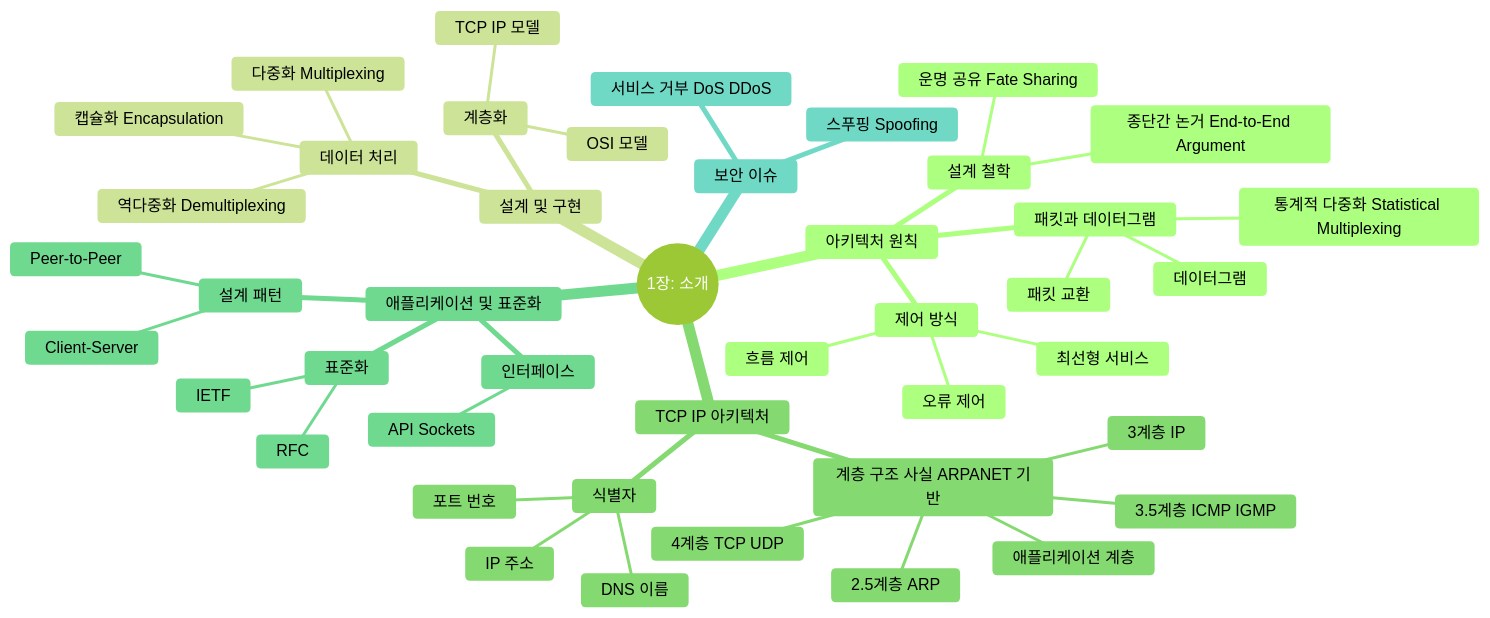
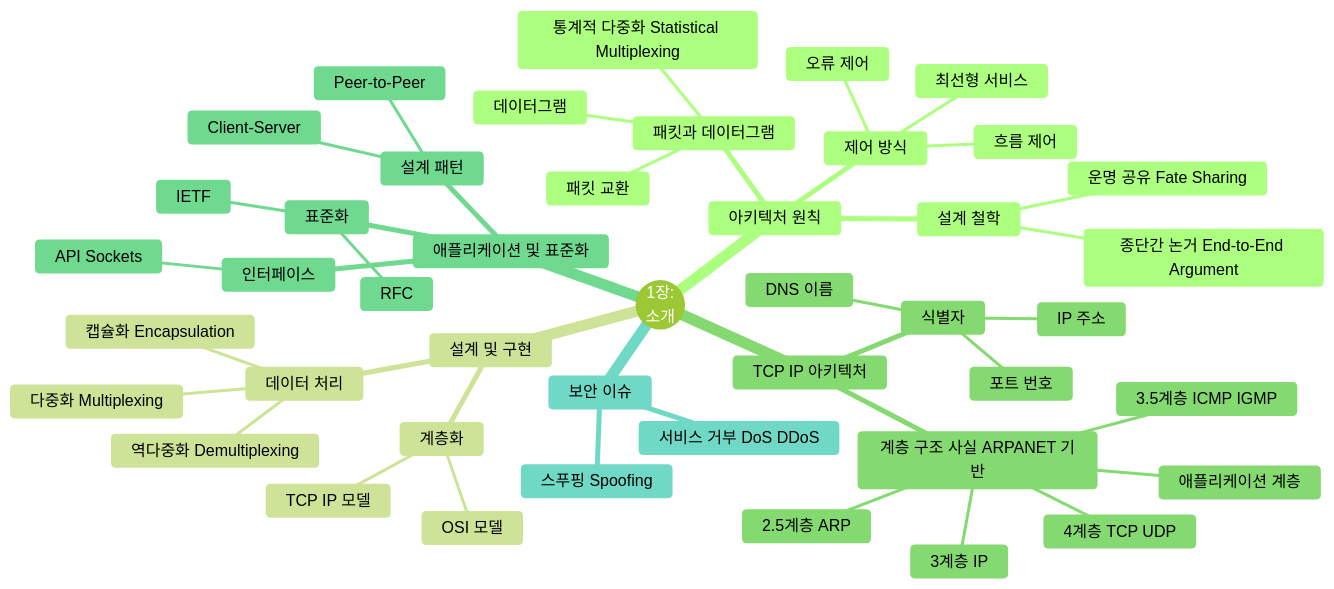
Before and after one commit to youngmin-gwon/what-i-studied: the diagram in 01_inbox/books/tcp_ip_illustrated_1/chapter1.md, drawn with Mermaid (forest theme). The commit also changed other lines of this file and 10 other files, not shown here.

````diff
--- a/01_inbox/books/tcp_ip_illustrated_1/chapter1.md
+++ b/01_inbox/books/tcp_ip_illustrated_1/chapter1.md
@@ -14,47 +14,47 @@
 ```mermaid
 mindmap
-  root((1장: 소개))
+  root((1장:<br>소개))
     아키텍처 원칙
       패킷과 데이터그램
         패킷 교환
         통계적 다중화 Statistical Multiplexing
         데이터그램
       설계 철학
         종단간 논거 End-to-End Argument
         운명 공유 Fate Sharing
       제어 방식
         오류 제어
         흐름 제어
         최선형 서비스
     설계 및 구현
       계층화
         OSI 모델
         TCP IP 모델
       데이터 처리
         다중화 Multiplexing
         역다중화 Demultiplexing
         캡슐화 Encapsulation
     TCP IP 아키텍처
       계층 구조 사실 ARPANET 기반
         2.5계층 ARP
         3계층 IP
         3.5계층 ICMP IGMP
         4계층 TCP UDP
         애플리케이션 계층
       식별자
         IP 주소
         포트 번호
         DNS 이름
     애플리케이션 및 표준화
       설계 패턴
         Client-Server
         Peer-to-Peer
       인터페이스
         API Sockets
       표준화
         IETF
         RFC
     보안 이슈
       스푸핑 Spoofing
       서비스 거부 DoS DDoS
 ```
````
